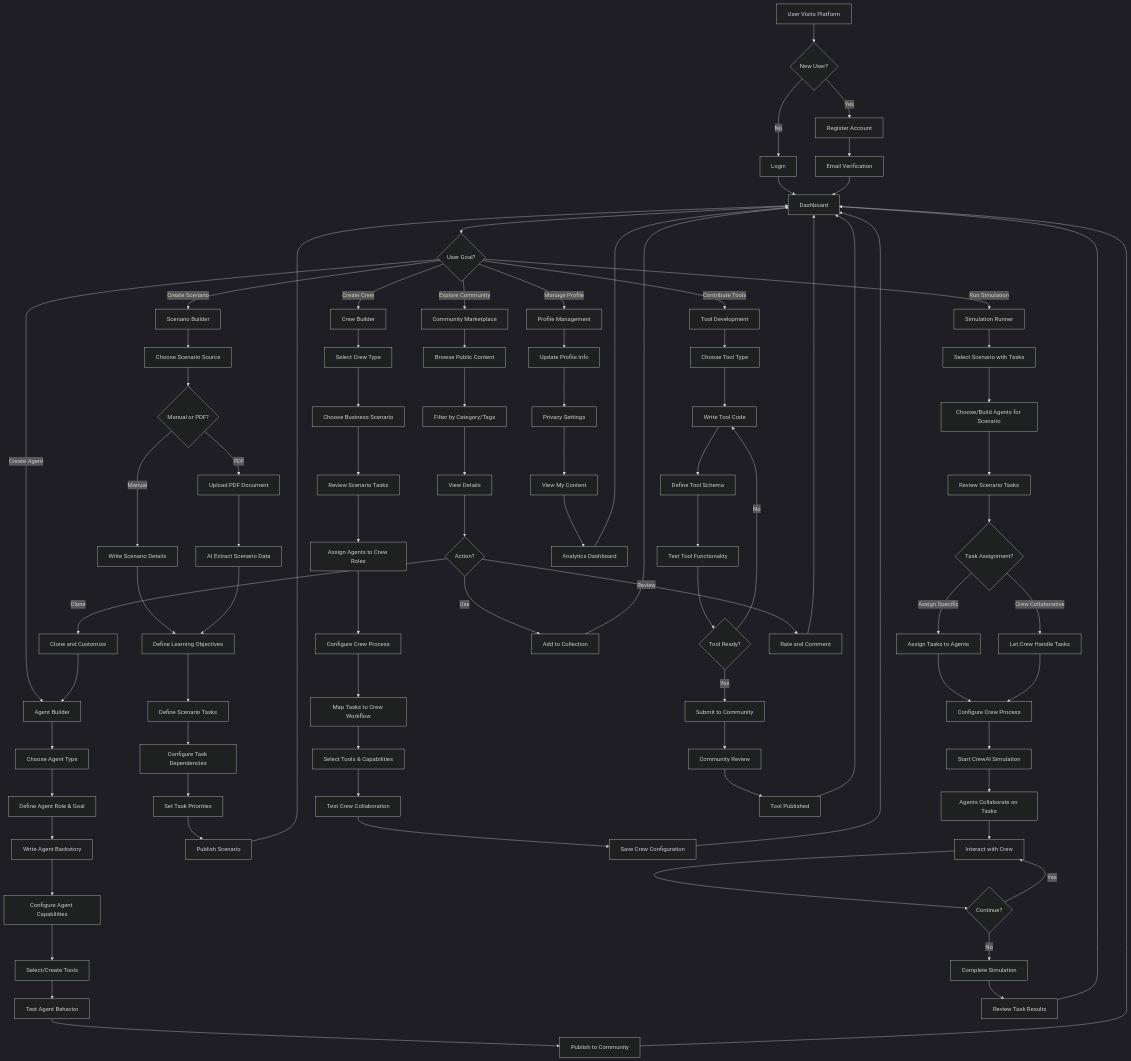
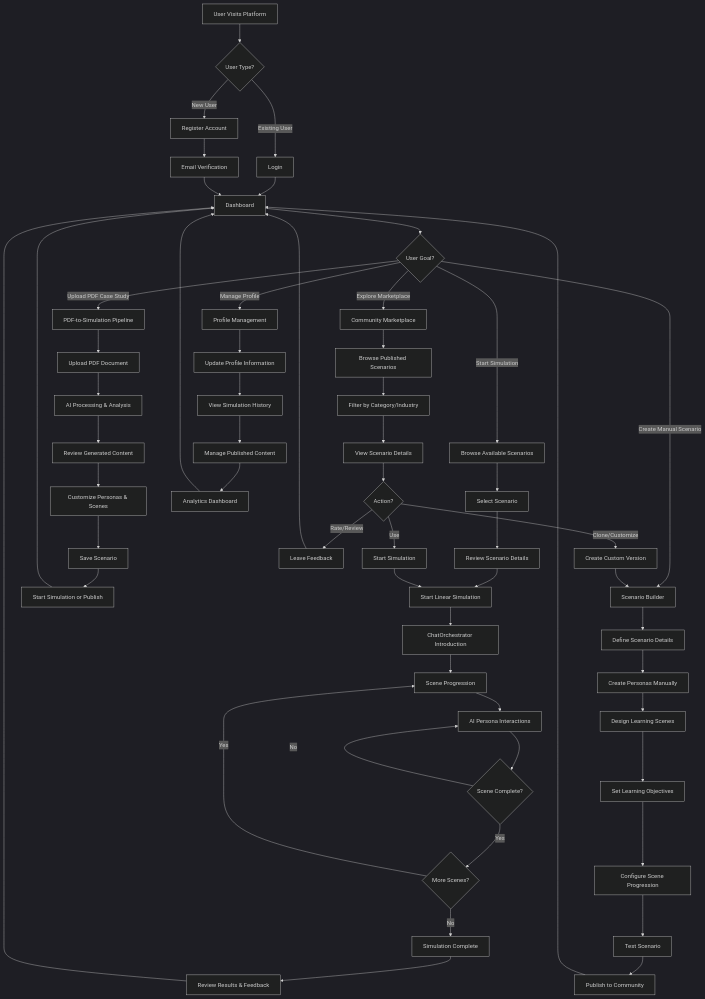
The first of 18 diagrams in backend/docs/architecture/user-workflow.md (Sbcoit/forked-ai-agent-education-platform), drawn with Mermaid (dark theme) before and after one commit. The commit also changed other lines of this file and 5 other files, not shown here.

First line of the commit message:
docs: Update comprehensive documentation for ChatOrchestrator integration

````diff
--- a/backend/docs/architecture/user-workflow.md
+++ b/backend/docs/architecture/user-workflow.md
@@ -31,104 +32,70 @@
 ```mermaid
 graph TD
-    A[User Visits Platform] --> B{New User?}
-    B -->|Yes| C[Register Account]
-    B -->|No| D[Login]
+    A[User Visits Platform] --> B{User Type?}
+    B -->|New User| C[Register Account]
+    B -->|Existing User| D[Login]
     
     C --> E[Email Verification]
     D --> F[Dashboard]
     E --> F
     
     F --> G{User Goal?}
-    G -->|Create Agent| H[Agent Builder]
-    G -->|Create Scenario| I[Scenario Builder]
-    G -->|Create Crew| J[Crew Builder]
-    G -->|Run Simulation| K[Simulation Runner]
-    G -->|Contribute Tools| L[Tool Development]
-    G -->|Explore Community| M[Community Marketplace]
-    G -->|Manage Profile| N[Profile Management]
+    G -->|Upload PDF Case Study| H[PDF-to-Simulation Pipeline]
+    G -->|Start Simulation| I[Browse Available Scenarios]
+    G -->|Create Manual Scenario| J[Scenario Builder]
+    G -->|Explore Marketplace| K[Community Marketplace]
+    G -->|Manage Profile| L[Profile Management]
     
-    %% Agent Building Path
-    H --> H1[Choose Agent Type]
-    H1 --> H2[Define Agent Role & Goal]
-    H2 --> H3[Write Agent Backstory]
-    H3 --> H4[Configure Agent Capabilities]
-    H4 --> H5[Select/Create Tools]
-    H5 --> H6[Test Agent Behavior]
-    H6 --> H7[Publish to Community]
-    H7 --> F
+    %% PDF-to-Simulation Pipeline
+    H --> H1[Upload PDF Document]
+    H1 --> H2[AI Processing & Analysis]
+    H2 --> H3[Review Generated Content]
+    H3 --> H4[Customize Personas & Scenes]
+    H4 --> H5[Save Scenario]
+    H5 --> H6[Start Simulation or Publish]
+    H6 --> F
     
-    %% Scenario Building Path
-    I --> I1[Choose Scenario Source]
-    I1 --> I2{Manual or PDF?}
-    I2 -->|Manual| I3[Write Scenario Details]
-    I2 -->|PDF| I4[Upload PDF Document]
-    I3 --> I5[Define Learning Objectives]
-    I4 --> I6[AI Extract Scenario Data]
-    I5 --> I7[Define Scenario Tasks]
-    I6 --> I5
-    I7 --> I8[Configure Task Dependencies]
-    I8 --> I9[Set Task Priorities]
-    I9 --> I10[Publish Scenario]
+    %% Simulation Experience Path
+    I --> I1[Select Scenario]
+    I1 --> I2[Review Scenario Details]
+    I2 --> I3[Start Linear Simulation]
+    I3 --> I4[ChatOrchestrator Introduction]
+    I4 --> I5[Scene Progression]
+    I5 --> I6[AI Persona Interactions]
+    I6 --> I7{Scene Complete?}
+    I7 -->|No| I6
+    I7 -->|Yes| I8{More Scenes?}
+    I8 -->|Yes| I5
+    I8 -->|No| I9[Simulation Complete]
+    I9 --> I10[Review Results & Feedback]
     I10 --> F
     
-    %% Crew Building Path
-    J --> J1[Select Crew Type]
-    J1 --> J2[Choose Business Scenario]
-    J2 --> J3[Review Scenario Tasks]
-    J3 --> J4[Assign Agents to Crew Roles]
-    J4 --> J5[Configure Crew Process]
-    J5 --> J6[Map Tasks to Crew Workflow]
-    J6 --> J7[Select Tools & Capabilities]
-    J7 --> J8[Test Crew Collaboration]
-    J8 --> J9[Save Crew Configuration]
-    J9 --> F
+    %% Manual Scenario Building Path
+    J --> J1[Define Scenario Details]
+    J1 --> J2[Create Personas Manually]
+    J2 --> J3[Design Learning Scenes]
+    J3 --> J4[Set Learning Objectives]
+    J4 --> J5[Configure Scene Progression]
+    J5 --> J6[Test Scenario]
+    J6 --> J7[Publish to Community]
+    J7 --> F
     
-    %% Simulation Path (CrewAI Aligned)
-    K --> K1[Select Scenario with Tasks]
-    K1 --> K2[Choose/Build Agents for Scenario]
-    K2 --> K3[Review Scenario Tasks]
-    K3 --> K4{Task Assignment?}
-    K4 -->|Assign Specific| K5[Assign Tasks to Agents]
-    K4 -->|Crew Collaborative| K6[Let Crew Handle Tasks]
-    K5 --> K7[Configure Crew Process]
-    K6 --> K7
-    K7 --> K8[Start CrewAI Simulation]
-    K8 --> K9[Agents Collaborate on Tasks]
-    K9 --> K10[Interact with Crew]
-    K10 --> K11{Continue?}
-    K11 -->|Yes| K10
-    K11 -->|No| K12[Complete Simulation]
-    K12 --> K13[Review Task Results]
-    K13 --> F
-    
-    %% Tool Development Path
-    L --> L1[Choose Tool Type]
-    L1 --> L2[Write Tool Code]
-    L2 --> L3[Define Tool Schema]
-    L3 --> L4[Test Tool Functionality]
-    L4 --> L5{Tool Ready?}
-    L5 -->|No| L2
-    L5 -->|Yes| L6[Submit to Community]
-    L6 --> L7[Community Review]
-    L7 --> L8[Tool Published]
-    L8 --> F
-    
-    %% Community Path
-    M --> M1[Browse Public Content]
-    M1 --> M2[Filter by Category/Tags]
-    M2 --> M3[View Details]
-    M3 --> M4{Action?}
-    M4 -->|Use| M5[Add to Collection]
-    M4 -->|Clone| M6[Clone and Customize]
-    M4 -->|Review| M7[Rate and Comment]
-    M5 --> F
-    M6 --> H
-    M7 --> F
+    %% Community Marketplace Path
+    K --> K1[Browse Published Scenarios]
+    K1 --> K2[Filter by Category/Industry]
+    K2 --> K3[View Scenario Details]
+    K3 --> K4{Action?}
+    K4 -->|Use| K5[Start Simulation]
+    K4 -->|Rate/Review| K6[Leave Feedback]
+    K4 -->|Clone/Customize| K7[Create Custom Version]
+    K5 --> I3
+    K6 --> F
+    K7 --> J
     
     %% Profile Management Path
-    N --> N1[Update Profile Info]
-    N1 --> N2[Privacy Settings]
-    N2 --> N3[View My Content]
-    N3 --> N4[Analytics Dashboard]
-    N4 --> F
+    L --> L1[Update Profile Information]
+    L1 --> L2[View Simulation History]
+    L2 --> L3[Manage Published Content]
+    L3 --> L4[Analytics Dashboard]
+    L4 --> F
 ```
````
